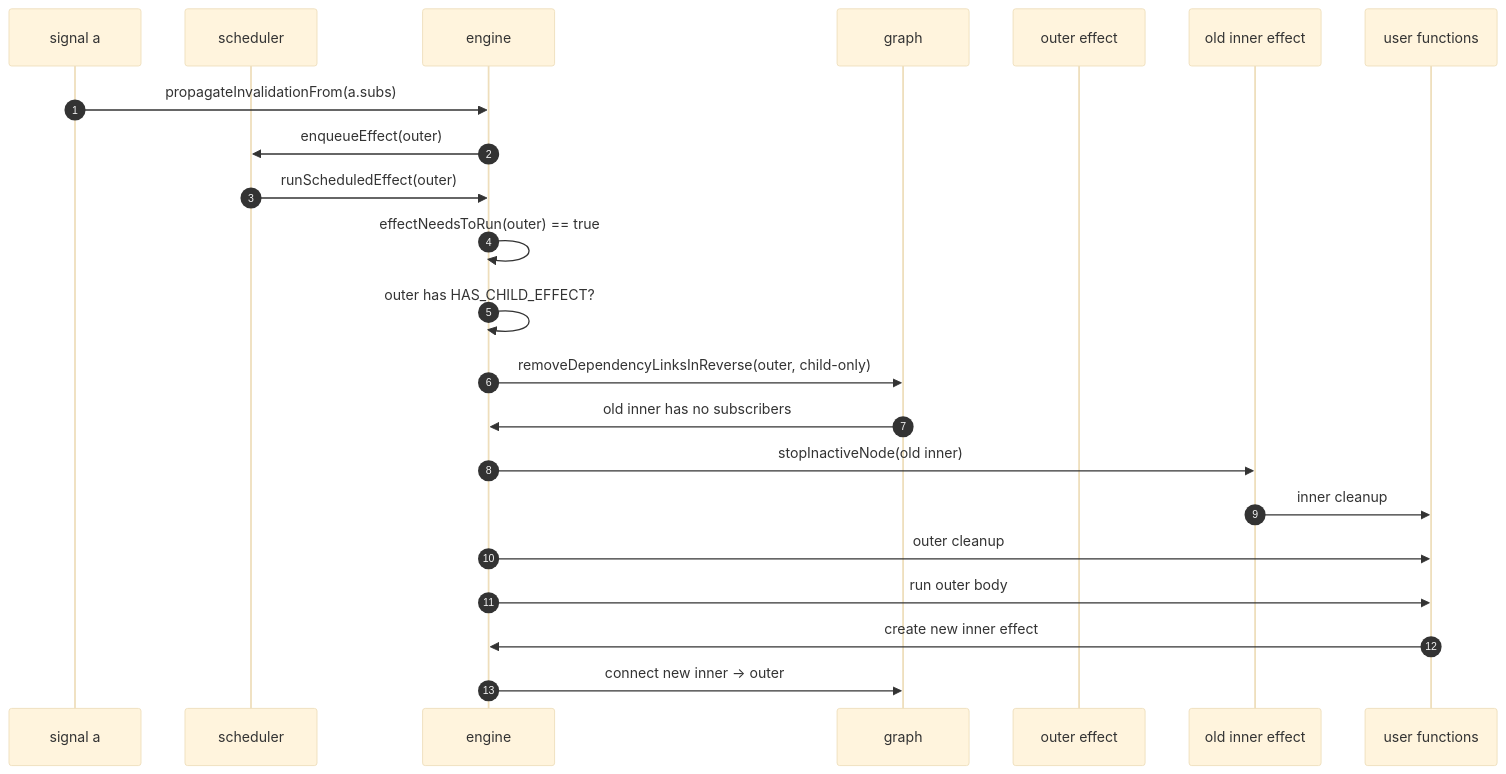
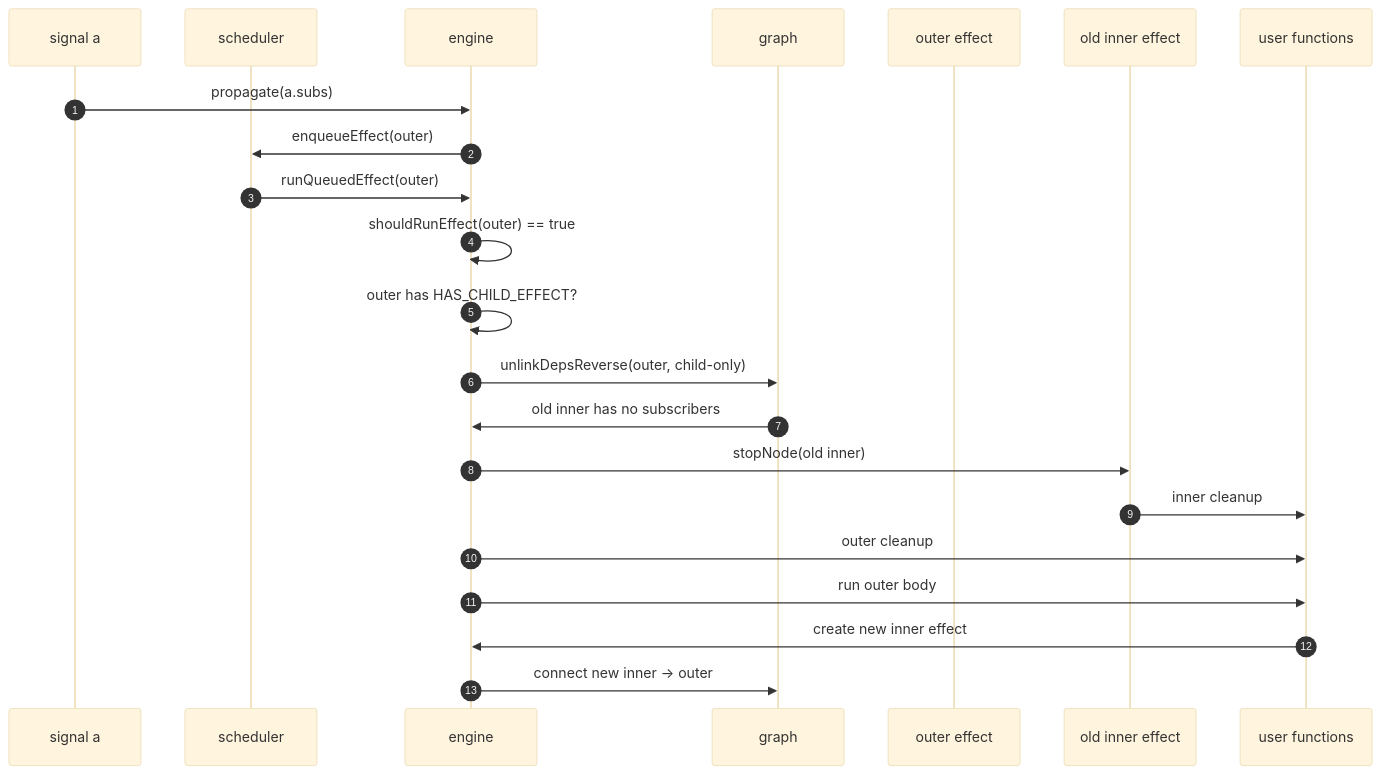
The diagram in refactored/docs/effect-cleanup.md (YanqingXu/alien-signals-in-lua), drawn with Mermaid (base theme) before and after one commit. The commit also changed other lines of this file and 15 other files, not shown here.

````diff
--- a/refactored/docs/effect-cleanup.md
+++ b/refactored/docs/effect-cleanup.md
@@ -82,25 +82,25 @@
 ```mermaid
 sequenceDiagram
     autonumber
     participant S as signal a
     participant Sch as scheduler
     participant Eng as engine
     participant Gr as graph
     participant Out as outer effect
     participant In as old inner effect
     participant Fn as user functions
 
-    S->>Eng: propagateInvalidationFrom(a.subs)
+    S->>Eng: propagate(a.subs)
     Eng->>Sch: enqueueEffect(outer)
-    Sch->>Eng: runScheduledEffect(outer)
-    Eng->>Eng: effectNeedsToRun(outer) == true
+    Sch->>Eng: runQueuedEffect(outer)
+    Eng->>Eng: shouldRunEffect(outer) == true
     Eng->>Eng: outer has HAS_CHILD_EFFECT?
-    Eng->>Gr: removeDependencyLinksInReverse(outer, child-only)
+    Eng->>Gr: unlinkDepsReverse(outer, child-only)
     Gr->>Eng: old inner has no subscribers
-    Eng->>In: stopInactiveNode(old inner)
+    Eng->>In: stopNode(old inner)
     In->>Fn: inner cleanup
     Eng->>Fn: outer cleanup
     Eng->>Fn: run outer body
     Fn->>Eng: create new inner effect
     Eng->>Gr: connect new inner -> outer
 ```
````
